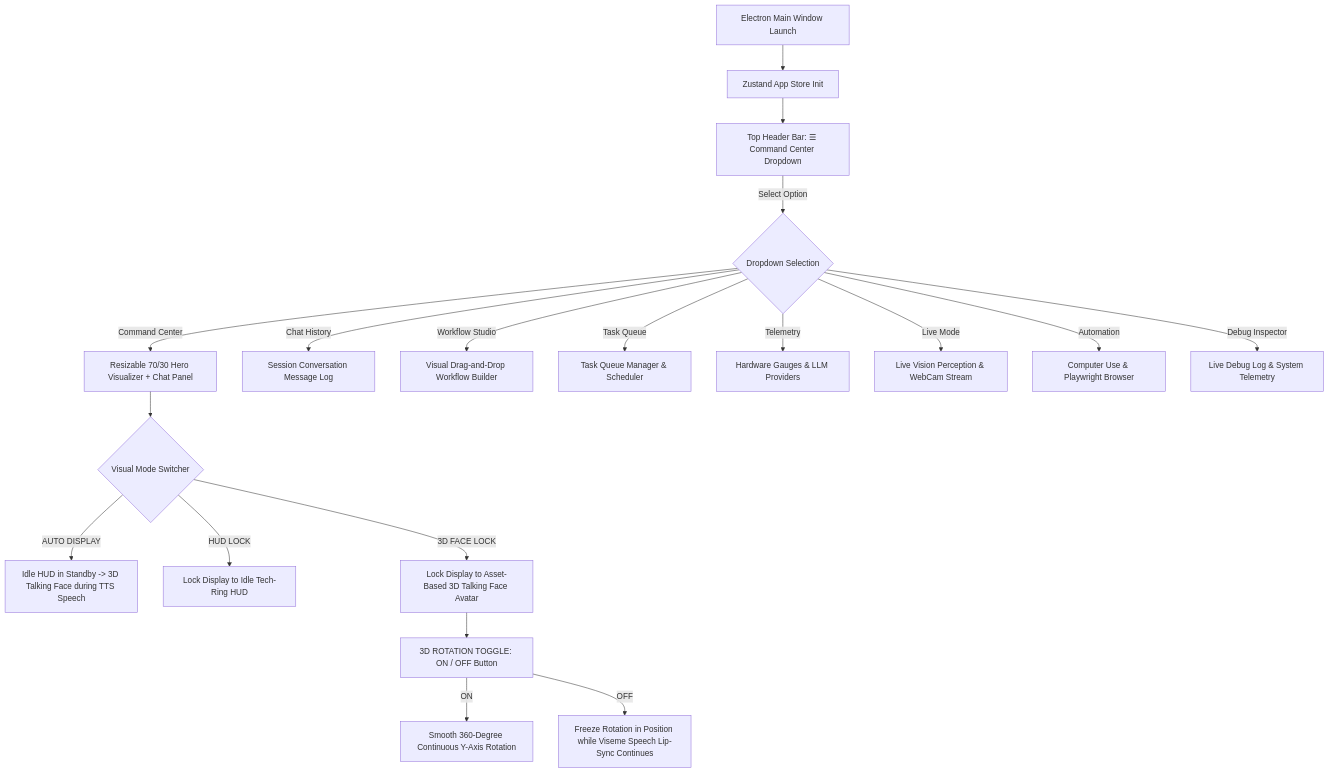
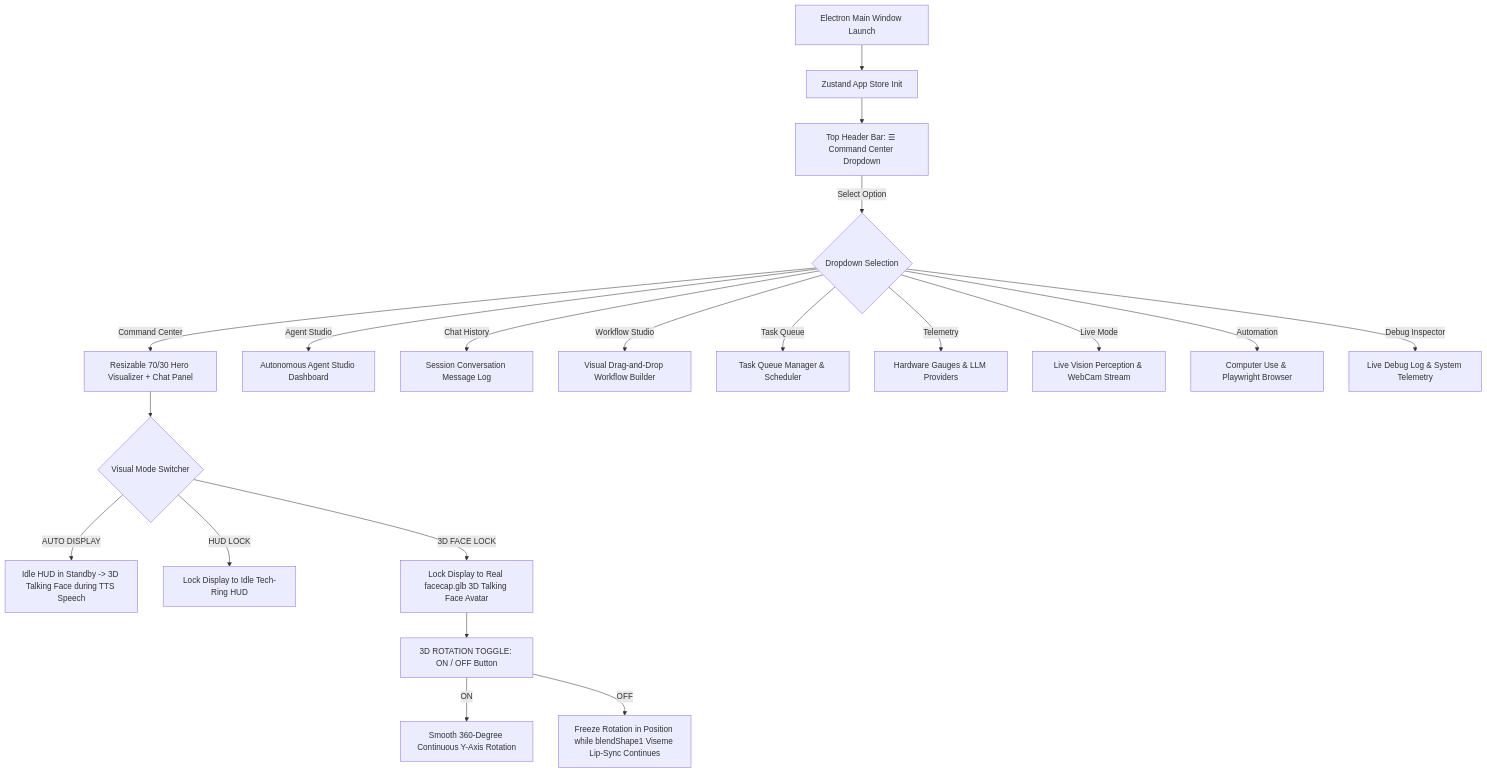
The first of 4 diagrams in documentations/Appflow.md (Ashrit-Raghupatruni/JARVIS), drawn with Mermaid before and after one commit. The commit also changed other lines of this file and 44 other files, not shown here.

Commit message:
feat(jarvis): Full MCU AI OS upgrade - 21 micro-agents, face lock, event bus subscribers, wake word hardware listener, live mode phases 0-3

````diff
--- a/documentations/Appflow.md
+++ b/documentations/Appflow.md
@@ -11,24 +11,25 @@
 ```mermaid
 flowchart TD
     A[Electron Main Window Launch] --> B[Zustand App Store Init]
     B --> C[Top Header Bar: ☰ Command Center Dropdown]
     
     C -->|Select Option| D{Dropdown Selection}
     D -->|Command Center| E[Resizable 70/30 Hero Visualizer + Chat Panel]
-    D -->|Chat History| F[Session Conversation Message Log]
-    D -->|Workflow Studio| G[Visual Drag-and-Drop Workflow Builder]
-    D -->|Task Queue| H[Task Queue Manager & Scheduler]
-    D -->|Telemetry| I[Hardware Gauges & LLM Providers]
-    D -->|Live Mode| J[Live Vision Perception & WebCam Stream]
-    D -->|Automation| K[Computer Use & Playwright Browser]
-    D -->|Debug Inspector| L[Live Debug Log & System Telemetry]
+    D -->|Agent Studio| F[Autonomous Agent Studio Dashboard]
+    D -->|Chat History| G[Session Conversation Message Log]
+    D -->|Workflow Studio| H[Visual Drag-and-Drop Workflow Builder]
+    D -->|Task Queue| I[Task Queue Manager & Scheduler]
+    D -->|Telemetry| J[Hardware Gauges & LLM Providers]
+    D -->|Live Mode| K[Live Vision Perception & WebCam Stream]
+    D -->|Automation| L[Computer Use & Playwright Browser]
+    D -->|Debug Inspector| M[Live Debug Log & System Telemetry]
     
-    E --> M{Visual Mode Switcher}
-    M -->|AUTO DISPLAY| N[Idle HUD in Standby -> 3D Talking Face during TTS Speech]
-    M -->|HUD LOCK| O[Lock Display to Idle Tech-Ring HUD]
-    M -->|3D FACE LOCK| P[Lock Display to Asset-Based 3D Talking Face Avatar]
+    E --> N{Visual Mode Switcher}
+    N -->|AUTO DISPLAY| O[Idle HUD in Standby -> 3D Talking Face during TTS Speech]
+    N -->|HUD LOCK| P[Lock Display to Idle Tech-Ring HUD]
+    N -->|3D FACE LOCK| Q[Lock Display to Real facecap.glb 3D Talking Face Avatar]
 
-    P --> Q[3D ROTATION TOGGLE: ON / OFF Button]
-    Q -->|ON| R[Smooth 360-Degree Continuous Y-Axis Rotation]
-    Q -->|OFF| S[Freeze Rotation in Position while Viseme Speech Lip-Sync Continues]
+    Q --> R[3D ROTATION TOGGLE: ON / OFF Button]
+    R -->|ON| S[Smooth 360-Degree Continuous Y-Axis Rotation]
+    R -->|OFF| T[Freeze Rotation in Position while blendShape1 Viseme Lip-Sync Continues]
 ```
````
